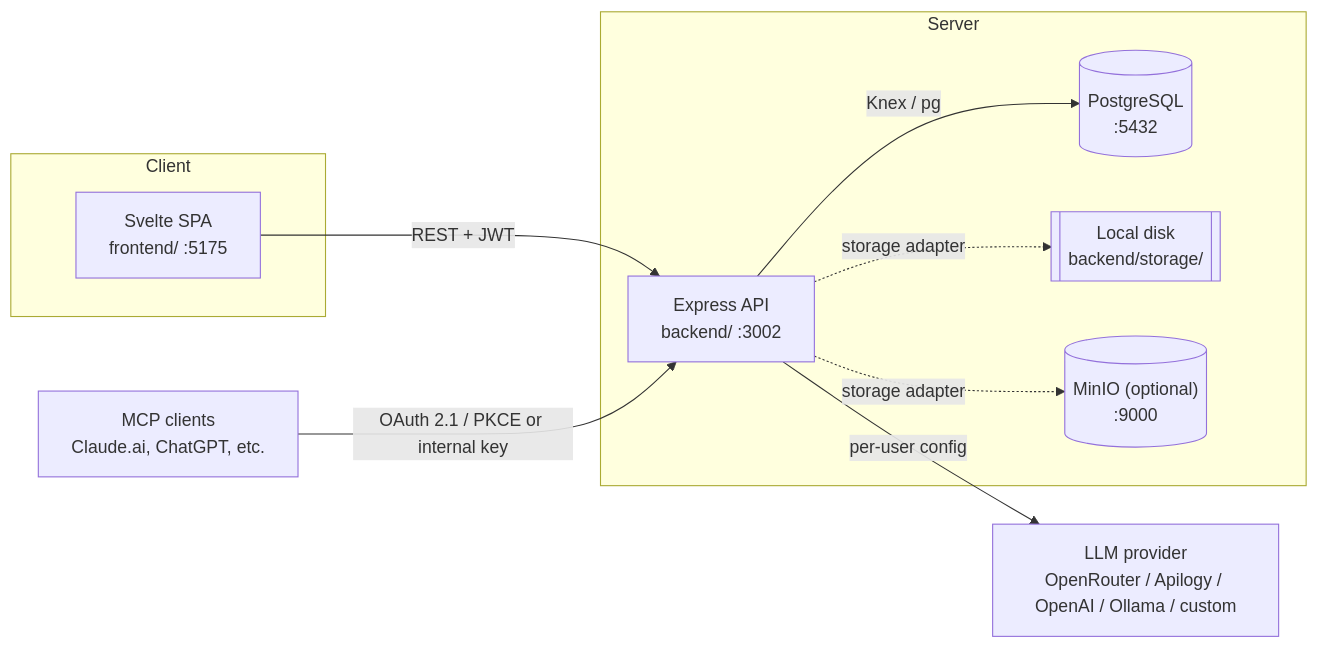
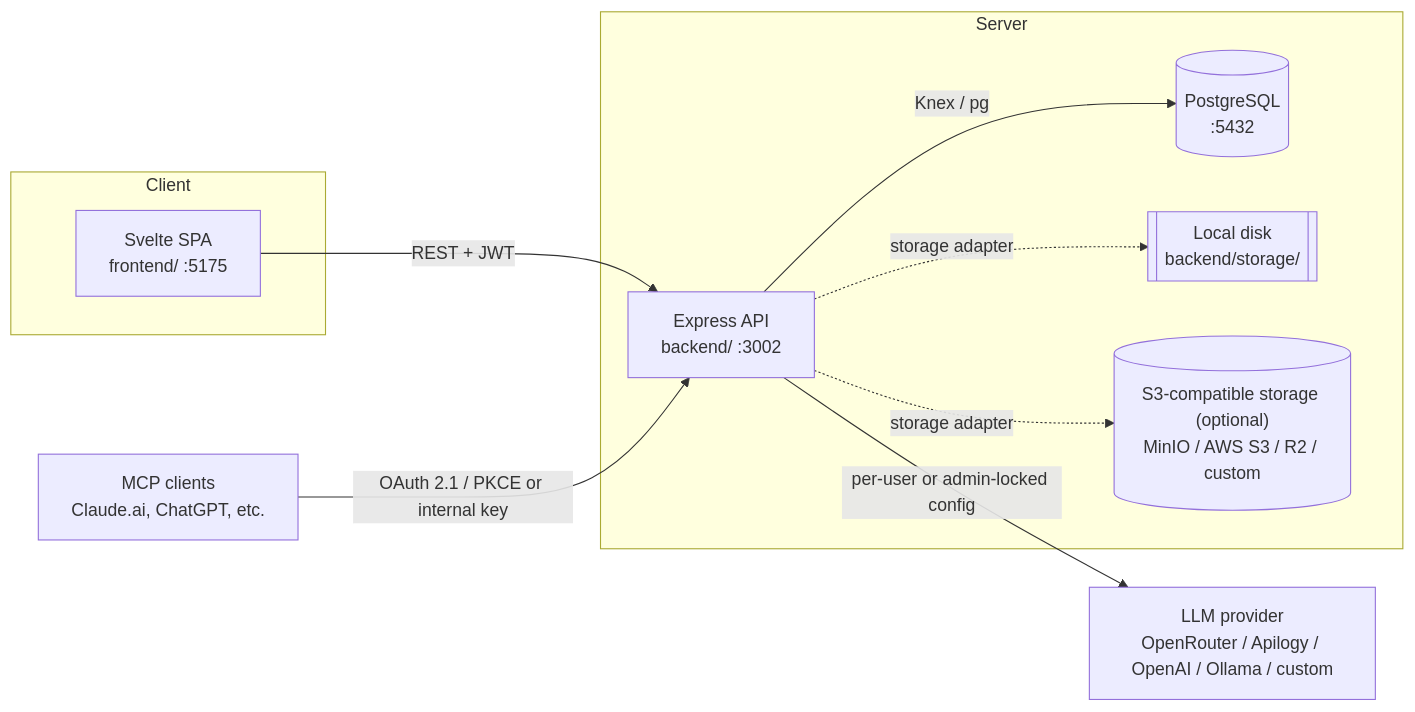
The diagram in README.md (yogiswara92/svaramind-self-hosted), drawn with Mermaid before and after one commit. The commit also changed other lines of this file, not shown here.

Commit message:
Rewrite README: retitle as self-hosted second brain, drop DBaaS vendor name, document full storage/admin feature set

````diff
--- a/README.md
+++ b/README.md
@@ -44,21 +45,21 @@
 ```mermaid
 flowchart LR
     subgraph Client
         FE["Svelte SPA<br/>frontend/ :5175"]
     end
     subgraph Server
         BE["Express API<br/>backend/ :3002"]
         PG[("PostgreSQL<br/>:5432")]
         FS[["Local disk<br/>backend/storage/"]]
-        MinIO[("MinIO (optional)<br/>:9000")]
+        S3[("S3-compatible storage (optional)<br/>MinIO / AWS S3 / R2 / custom")]
     end
     LLM["LLM provider<br/>OpenRouter / Apilogy / OpenAI / Ollama / custom"]
     MCP["MCP clients<br/>Claude.ai, ChatGPT, etc."]
 
     FE -- REST + JWT --> BE
     BE -- Knex / pg --> PG
     BE -. storage adapter .-> FS
-    BE -. storage adapter .-> MinIO
-    BE -- per-user config --> LLM
+    BE -. storage adapter .-> S3
+    BE -- per-user or admin-locked config --> LLM
     MCP -- OAuth 2.1 / PKCE or internal key --> BE
 ```
````
